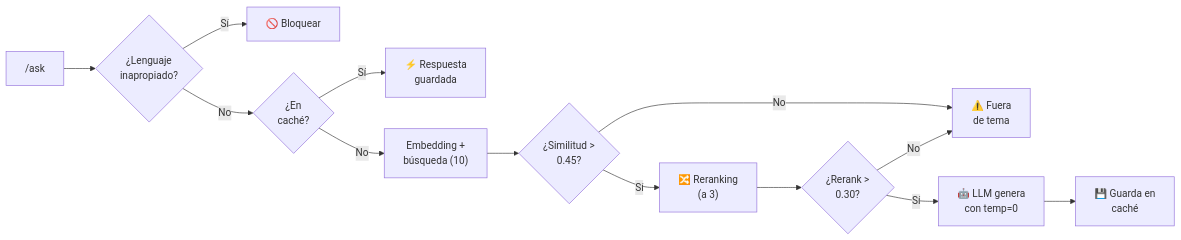
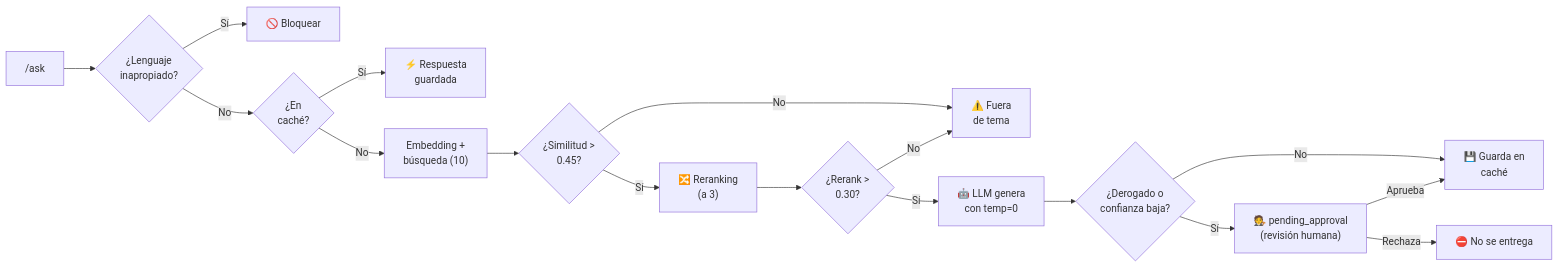
The diagram in README.md (cristian-herrera-qa-automation/Challenge-Final), drawn with Mermaid before and after one commit. The commit also changed other lines of this file and 6 other files, not shown here.

````diff
--- a/README.md
+++ b/README.md
@@ -221,15 +233,19 @@
 ```mermaid
 flowchart LR
     A["/ask"] --> B{"¿Lenguaje<br/>inapropiado?"}
     B -->|Sí| C["🚫 Bloquear"]
     B -->|No| D{"¿En<br/>caché?"}
     D -->|Sí| E["⚡ Respuesta<br/>guardada"]
     D -->|No| F["Embedding +<br/>búsqueda (10)"]
     F --> G{"¿Similitud ><br/>0.45?"}
     G -->|No| H["⚠️ Fuera<br/>de tema"]
     G -->|Sí| I["🔀 Reranking<br/>(a 3)"]
     I --> J{"¿Rerank ><br/>0.30?"}
     J -->|No| H
     J -->|Sí| K["🤖 LLM genera<br/>con temp=0"]
-    K --> L["💾 Guarda en<br/>caché"]
+    K --> M{"¿Derogado o<br/>confianza baja?"}
+    M -->|No| L["💾 Guarda en<br/>caché"]
+    M -->|Sí| N["🧑‍⚖️ pending_approval<br/>(revisión humana)"]
+    N -->|Aprueba| L
+    N -->|Rechaza| O["⛔ No se entrega"]
 ```
````
